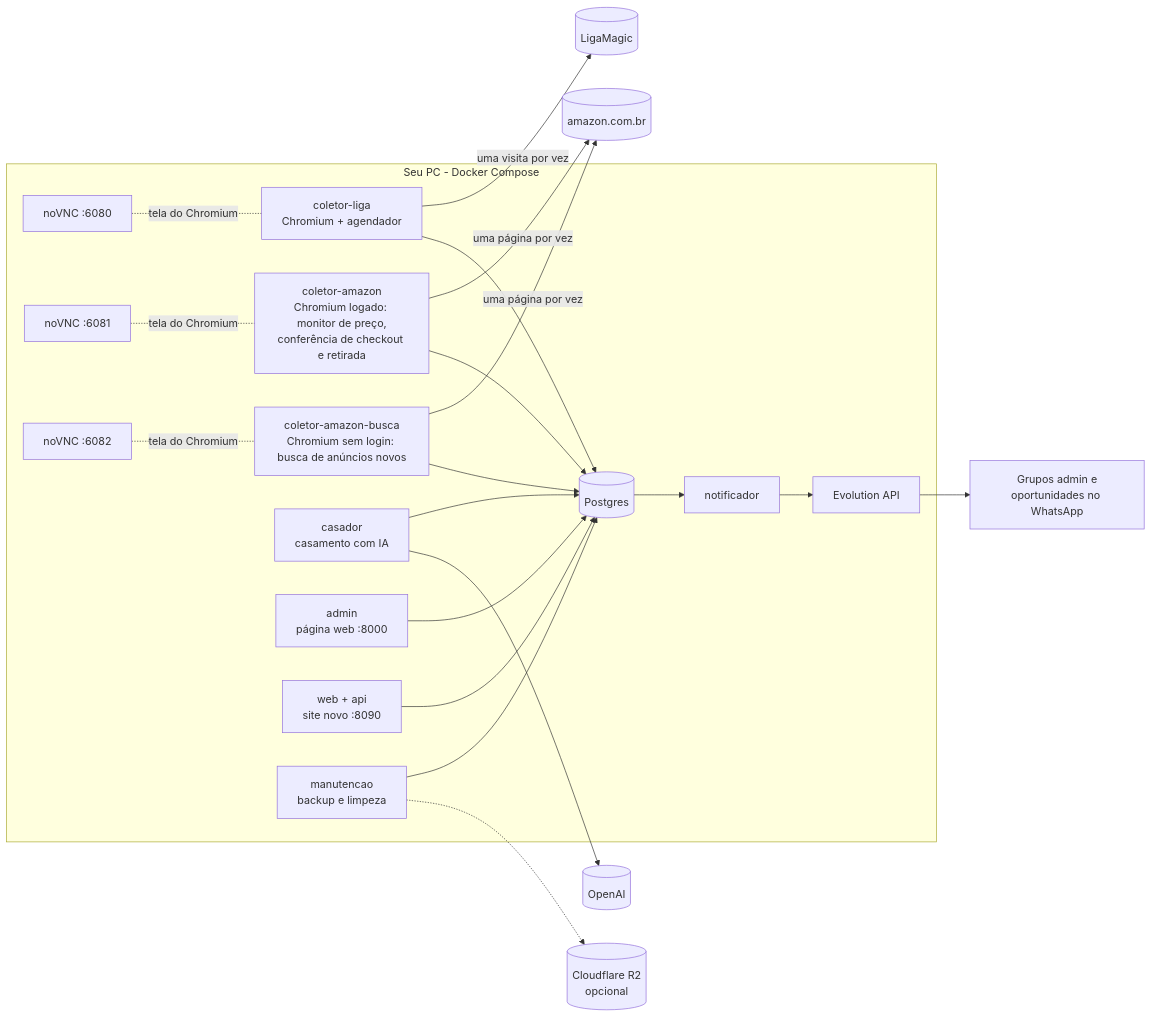
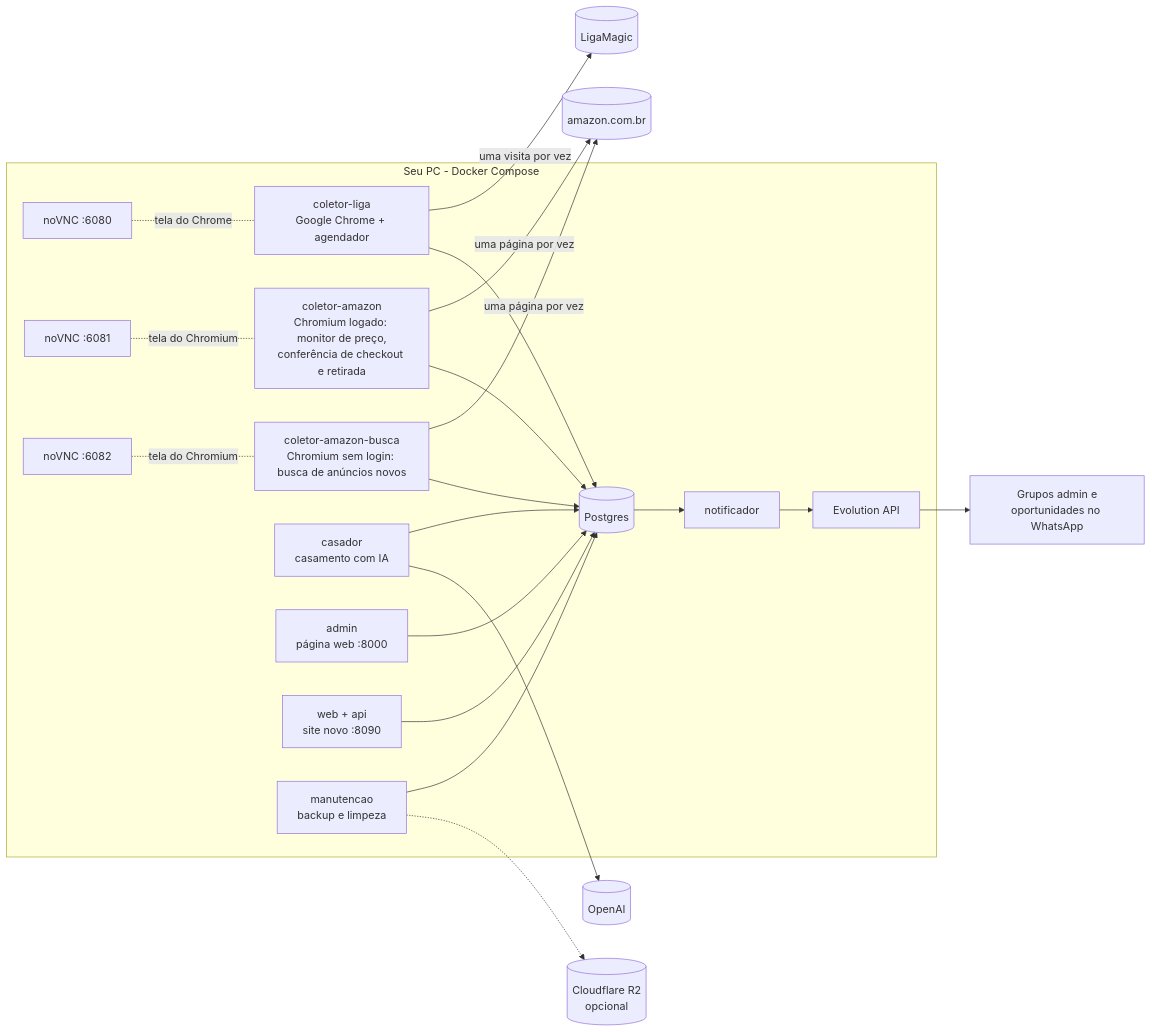
One commit to Kyner/tcg-sniper changed the diagram in README.md. Above: the diagram before and after it, drawn with Mermaid. The commit also changed other lines of this file and 8 other files, not shown here.

Commit message:
feat: Liga collector runs on Google Chrome instead of bundled Chromium

````diff
--- a/README.md
+++ b/README.md
@@ -59,40 +59,40 @@
 ```mermaid
 flowchart LR
     liga[(LigaMagic)]
     amazon[(amazon.com.br)]
     subgraph pc[Seu PC - Docker Compose]
-        coletor[coletor-liga<br/>Chromium + agendador]
+        coletor[coletor-liga<br/>Google Chrome + agendador]
         coletor_amz[coletor-amazon<br/>Chromium logado: monitor de preço,<br/>conferência de checkout e retirada]
         coletor_busca[coletor-amazon-busca<br/>Chromium sem login: busca de anúncios novos]
         casador[casador<br/>casamento com IA]
         admin[admin<br/>página web :8000]
         web[web + api<br/>site novo :8090]
         db[(Postgres)]
         notif[notificador]
         manut[manutencao<br/>backup e limpeza]
         evo[Evolution API]
         vnc[noVNC :6080]
         vnc_amz[noVNC :6081]
         vnc_busca[noVNC :6082]
     end
     whats[Grupos admin e<br/>oportunidades no WhatsApp]
     openai[(OpenAI)]
     r2[(Cloudflare R2<br/>opcional)]
 
     coletor -- uma visita por vez --> liga
     coletor_amz -- uma página por vez --> amazon
     coletor_busca -- uma página por vez --> amazon
     coletor --> db
     coletor_amz --> db
     coletor_busca --> db
     casador --> db
     casador --> openai
     admin --> db
     web --> db
     manut --> db
     manut -.-> r2
     db --> notif --> evo --> whats
-    vnc -. tela do Chromium .- coletor
+    vnc -. tela do Chrome .- coletor
     vnc_amz -. tela do Chromium .- coletor_amz
     vnc_busca -. tela do Chromium .- coletor_busca
 ```
````
